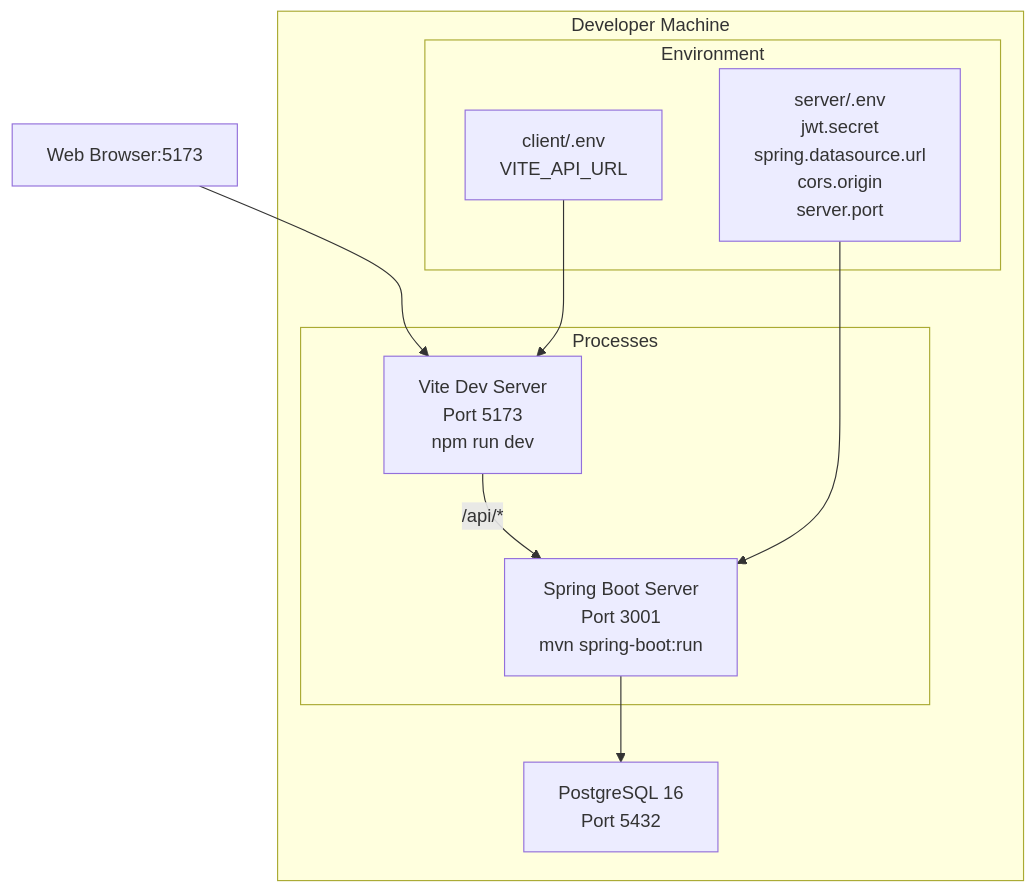
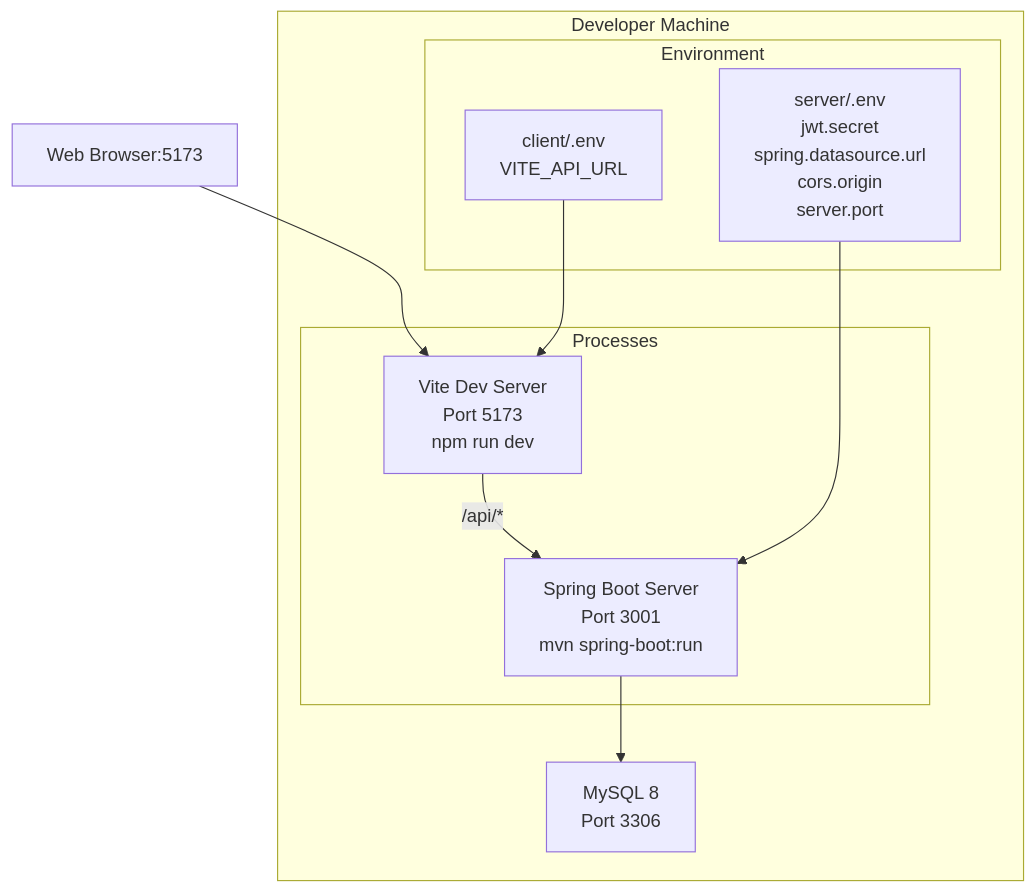
One commit to nghiaxh/hr-management changed diagram 19 of 24 in docs/SDD.md. Above: the diagram before and after it, drawn with Mermaid. The commit also changed other lines of this file and 4 other files, not shown here.

````diff
--- a/docs/SDD.md
+++ b/docs/SDD.md
@@ -1053,19 +1054,19 @@
 ```mermaid
 graph TB
     subgraph "Developer Machine"
-        PGSQL["PostgreSQL 16<br/>Port 5432"]
+        MYSQL["MySQL 8<br/>Port 3306"]
         subgraph "Processes"
             SRV["Spring Boot Server<br/>Port 3001<br/>mvn spring-boot:run"]
             CLT["Vite Dev Server<br/>Port 5173<br/>npm run dev"]
         end
         subgraph "Environment"
             ENV["server/.env<br/>jwt.secret<br/>spring.datasource.url<br/>cors.origin<br/>server.port"]
             CLT_ENV["client/.env<br/>VITE_API_URL"]
         end
     end
     BROWSER[Web Browser:5173] --> CLT
     CLT -->|/api/*| SRV
-    SRV --> PGSQL
+    SRV --> MYSQL
     ENV --> SRV
     CLT_ENV --> CLT
 ```
````
